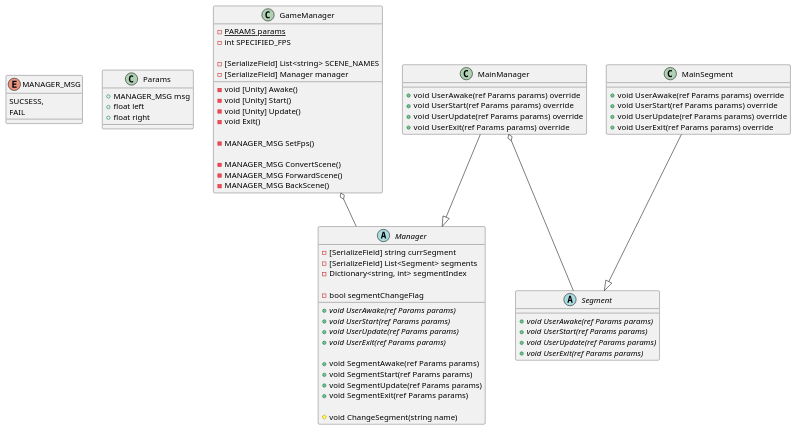
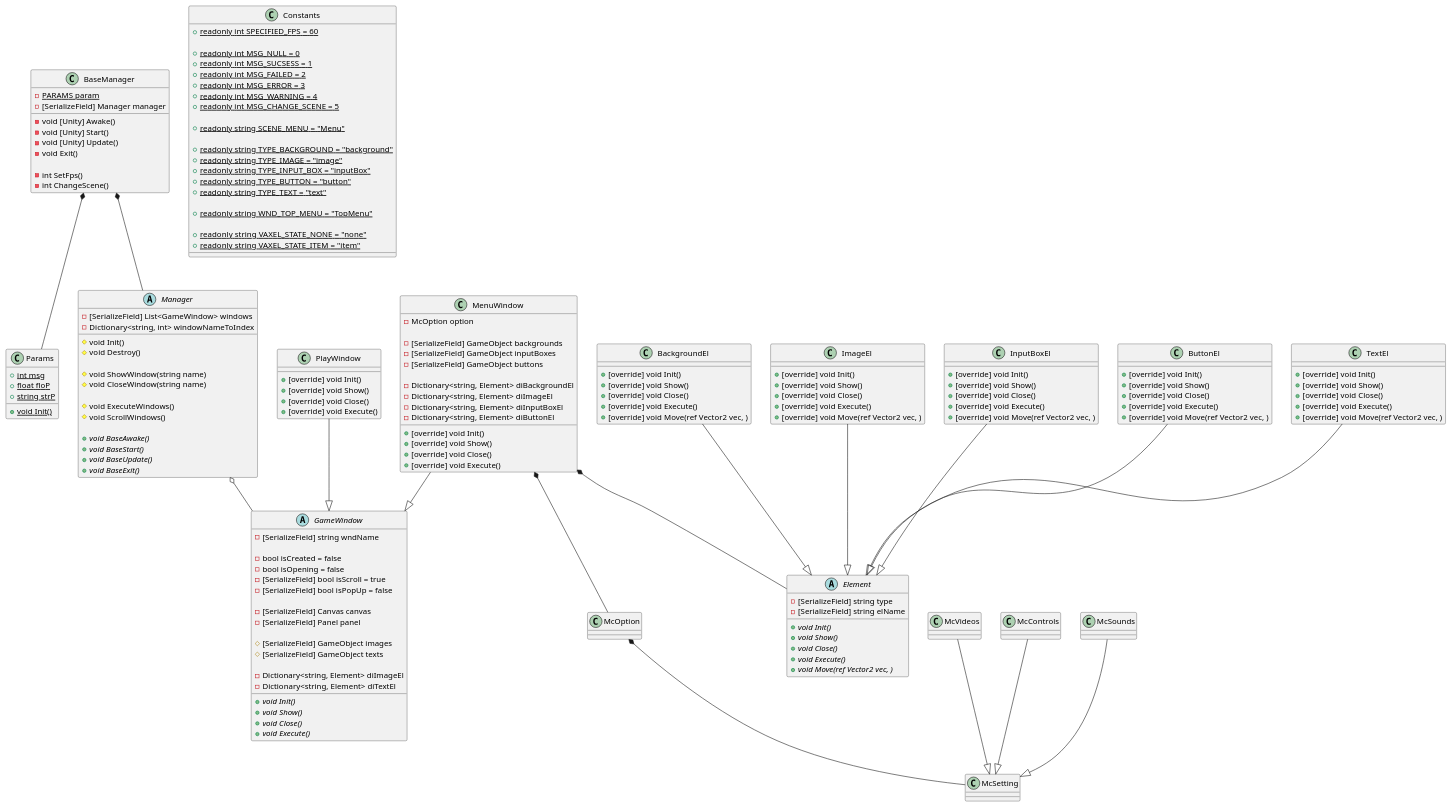
The diagram in Develop/Class Diagram/System.puml (Tanso-mct/Unity-Minecraft), drawn with PlantUML before and after one commit.

Commit message:
[continue]クラス図作成進行。

```diff
--- a/Develop/Class Diagram/System.puml
+++ b/Develop/Class Diagram/System.puml
@@ -1,25 +1,44 @@
-@startuml Unity Minecraft System
-
-enum MANAGER_MSG
-{
-    SUCSESS,
-    FAIL
-}
+@startuml Prototype App Base System
 
 class Params
 {
-    + MANAGER_MSG msg
-    + float left
-    + float right
+    + {static} int msg
+    + {static} float floP
+    + {static} string strP
+
+    + {static} void Init()
 }
 
-GameManager o-- Manager
-class GameManager
+class Constants
 {
-    - {static} PARAMS params
-    - int SPECIFIED_FPS
+    + {static} readonly int SPECIFIED_FPS = 60
 
-    - [SerializeField] List<string> SCENE_NAMES
+    + {static} readonly int MSG_NULL = 0
+    + {static} readonly int MSG_SUCSESS = 1
+    + {static} readonly int MSG_FAILED = 2
+    + {static} readonly int MSG_ERROR = 3
+    + {static} readonly int MSG_WARNING = 4
+    + {static} readonly int MSG_CHANGE_SCENE = 5
+
+    + {static} readonly string SCENE_MENU = "Menu"
+
+    + {static} readonly string TYPE_BACKGROUND = "background"
+    + {static} readonly string TYPE_IMAGE = "image"
+    + {static} readonly string TYPE_INPUT_BOX = "inputBox"
+    + {static} readonly string TYPE_BUTTON = "button"
+    + {static} readonly string TYPE_TEXT = "text"
+
+    + {static} readonly string WND_TOP_MENU = "TopMenu"
+
+    + {static} readonly string VAXEL_STATE_NONE = "none"
+    + {static} readonly string VAXEL_STATE_ITEM = "item"
+}
+
+BaseManager *-- Params
+BaseManager *-- Manager
+class BaseManager
+{
+    - {static} PARAMS param
     - [SerializeField] Manager manager
 
     - void [Unity] Awake()
@@ -27,59 +46,176 @@
     - void [Unity] Update()
     - void Exit()
 
-    - MANAGER_MSG SetFps()
-
-    - MANAGER_MSG ConvertScene()
-    - MANAGER_MSG ForwardScene()
-    - MANAGER_MSG BackScene()
+    - int SetFps()
+    - int ChangeScene()
 }
 
+abstract class Element
+{
+    - [SerializeField] string type
+    - [SerializeField] string elName
+
+    + {abstract} void Init()
+    + {abstract} void Show()
+    + {abstract} void Close()
+    + {abstract} void Execute()
+    + {abstract} void Move(ref Vector2 vec, )
+}
+
+BackgroundEl --|> Element
+class BackgroundEl
+{
+    + [override] void Init()
+    + [override] void Show()
+    + [override] void Close()   
+    + [override] void Execute()
+    + [override] void Move(ref Vector2 vec, )
+}
+
+ImageEl --|> Element
+class ImageEl
+{
+    + [override] void Init()
+    + [override] void Show()
+    + [override] void Close()   
+    + [override] void Execute()
+    + [override] void Move(ref Vector2 vec, )
+}
+
+InputBoxEl --|> Element
+class InputBoxEl
+{
+    + [override] void Init()
+    + [override] void Show()
+    + [override] void Close()   
+    + [override] void Execute()
+    + [override] void Move(ref Vector2 vec, )
+}
+
+ButtonEl --|> Element
+class ButtonEl
+{
+    + [override] void Init()
+    + [override] void Show()
+    + [override] void Close()   
+    + [override] void Execute()
+    + [override] void Move(ref Vector2 vec, )
+}
+
+TextEl --|> Element
+class TextEl
+{
+    + [override] void Init()
+    + [override] void Show()
+    + [override] void Close()   
+    + [override] void Execute()
+    + [override] void Move(ref Vector2 vec, )
+}
+
+abstract class GameWindow
+{
+    - [SerializeField] string wndName
+
+    - bool isCreated = false
+    - bool isOpening = false
+    - [SerializeField] bool isScroll = true
+    - [SerializeField] bool isPopUp = false
+
+    - [SerializeField] Canvas canvas
+    - [SerializeField] Panel panel
+
+    # [SerializeField] GameObject images
+    # [SerializeField] GameObject texts
+
+    - Dictionary<string, Element> diImageEl
+    - Dictionary<string, Element> diTextEl
+
+    + {abstract} void Init()
+    + {abstract} void Show()
+    + {abstract} void Close()
+    + {abstract} void Execute()
+}
+
+MenuWindow *-- Element
+MenuWindow *-- McOption
+MenuWindow --|> GameWindow
+class MenuWindow
+{
+    - McOption option
+
+    - [SerializeField] GameObject backgrounds
+    - [SerializeField] GameObject inputBoxes
+    - [SerializeField] GameObject buttons
+
+    - Dictionary<string, Element> diBackgroundEl
+    - Dictionary<string, Element> diImageEl
+    - Dictionary<string, Element> diInputBoxEl
+    - Dictionary<string, Element> diButtonEl
+
+    + [override] void Init()
+    + [override] void Show()
+    + [override] void Close()
+    + [override] void Execute()
+}
+
+class McSetting
+{
+
+}
+
+McVideos --|> McSetting
+class McVideos
+{
+
+}
+
+McControls --|> McSetting
+class McControls
+{
+
+}
+
+McSounds --|> McSetting
+class McSounds
+{
+
+}
+
+McOption *-- McSetting
+class McOption
+{
+
+}
+
+
+PlayWindow --|> GameWindow
+class PlayWindow
+{
+    + [override] void Init()
+    + [override] void Show()
+    + [override] void Close()
+    + [override] void Execute()
+}
+
+Manager o-- GameWindow
 abstract class Manager
 {
-    - [SerializeField] string currSegment
-    - [SerializeField] List<Segment> segments
-    - Dictionary<string, int> segmentIndex
+    - [SerializeField] List<GameWindow> windows
+    - Dictionary<string, int> windowNameToIndex
 
-    - bool segmentChangeFlag
+    # void Init()
+    # void Destroy()
 
-    + {abstract} void UserAwake(ref Params params)
-    + {abstract} void UserStart(ref Params params)
-    + {abstract} void UserUpdate(ref Params params)
-    + {abstract} void UserExit(ref Params params)
+    # void ShowWindow(string name)
+    # void CloseWindow(string name)
 
-    + void SegmentAwake(ref Params params)
-    + void SegmentStart(ref Params params)
-    + void SegmentUpdate(ref Params params)
-    + void SegmentExit(ref Params params)
+    # void ExecuteWindows()
+    # void ScrollWindows()
 
-    # void ChangeSegment(string name)
-}
-
-MainManager --|> Manager
-MainManager o-- Segment
-class MainManager
-{
-    + void UserAwake(ref Params params) override
-    + void UserStart(ref Params params) override
-    + void UserUpdate(ref Params params) override
-    + void UserExit(ref Params params) override
-}
-
-abstract class Segment
-{
-    + {abstract} void UserAwake(ref Params params)
-    + {abstract} void UserStart(ref Params params)
-    + {abstract} void UserUpdate(ref Params params)
-    + {abstract} void UserExit(ref Params params)
-}
-
-MainSegment --|> Segment
-class MainSegment
-{
-    + void UserAwake(ref Params params) override
-    + void UserStart(ref Params params) override
-    + void UserUpdate(ref Params params) override
-    + void UserExit(ref Params params) override
+    + {abstract} void BaseAwake()
+    + {abstract} void BaseStart()
+    + {abstract} void BaseUpdate()
+    + {abstract} void BaseExit()
 }
 
 
```
